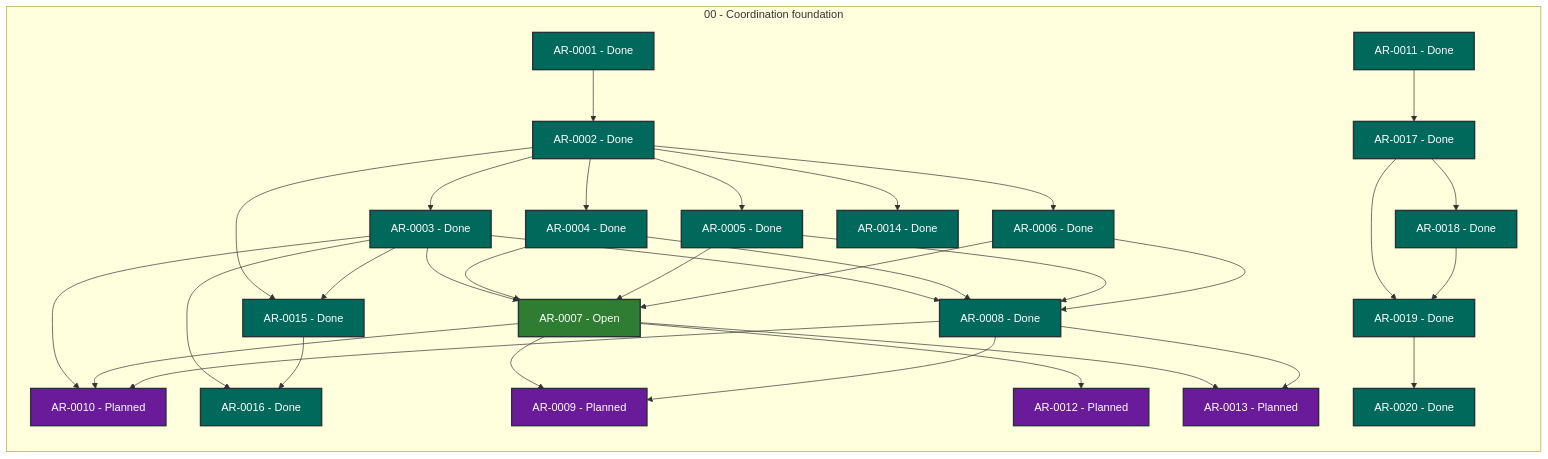
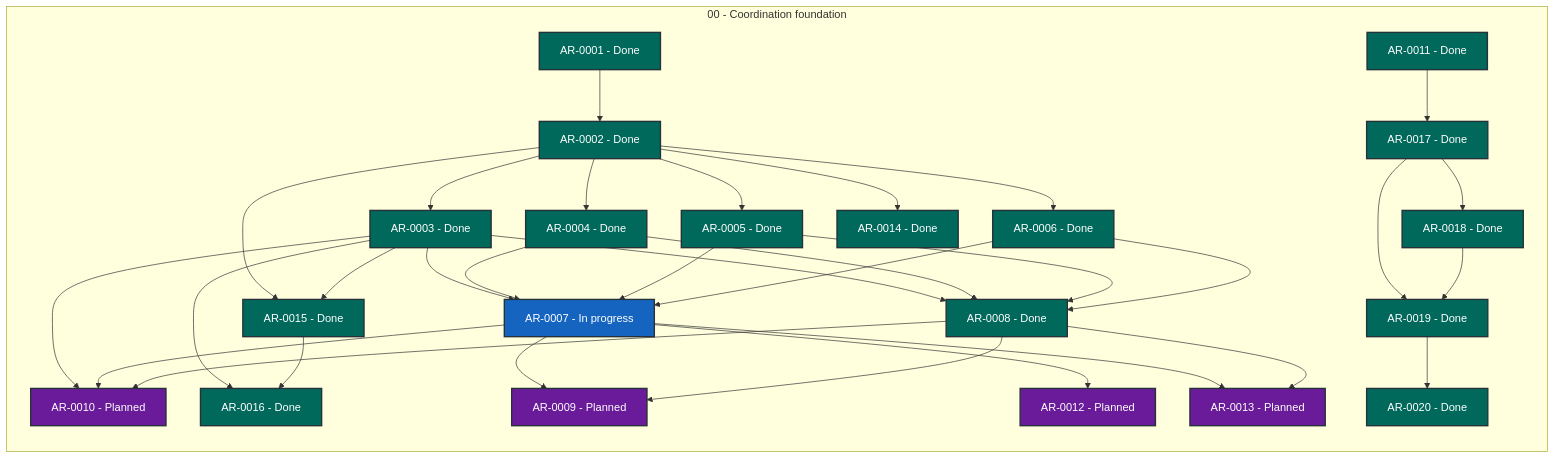
One commit to martin-beck/agent-workflow-coordinator-state changed the diagram in STATUS.md. Above: the diagram before and after it, drawn with Mermaid. The commit also changed other lines of this file and 2 other files, not shown here.

````diff
--- a/STATUS.md
+++ b/STATUS.md
@@ -27,65 +27,65 @@
 ```mermaid
 flowchart LR
     subgraph series_00["00 - Coordination foundation"]
         direction TB
         AR_0001["AR-0001 - Done"]:::status_done
         AR_0002["AR-0002 - Done"]:::status_done
         AR_0003["AR-0003 - Done"]:::status_done
         AR_0004["AR-0004 - Done"]:::status_done
         AR_0005["AR-0005 - Done"]:::status_done
         AR_0006["AR-0006 - Done"]:::status_done
-        AR_0007["AR-0007 - Open"]:::status_open
+        AR_0007["AR-0007 - In progress"]:::status_in_progress
         AR_0008["AR-0008 - Done"]:::status_done
         AR_0009["AR-0009 - Planned"]:::status_planned
         AR_0010["AR-0010 - Planned"]:::status_planned
         AR_0011["AR-0011 - Done"]:::status_done
         AR_0012["AR-0012 - Planned"]:::status_planned
         AR_0013["AR-0013 - Planned"]:::status_planned
         AR_0014["AR-0014 - Done"]:::status_done
         AR_0015["AR-0015 - Done"]:::status_done
         AR_0016["AR-0016 - Done"]:::status_done
         AR_0017["AR-0017 - Done"]:::status_done
         AR_0018["AR-0018 - Done"]:::status_done
         AR_0019["AR-0019 - Done"]:::status_done
         AR_0020["AR-0020 - Done"]:::status_done
     end
     AR_0001 --> AR_0002
     AR_0002 --> AR_0003
     AR_0002 --> AR_0004
     AR_0002 --> AR_0005
     AR_0002 --> AR_0006
     AR_0002 --> AR_0014
     AR_0002 --> AR_0015
     AR_0003 --> AR_0007
     AR_0003 --> AR_0008
     AR_0003 --> AR_0010
     AR_0003 --> AR_0015
     AR_0003 --> AR_0016
     AR_0004 --> AR_0007
     AR_0004 --> AR_0008
     AR_0005 --> AR_0007
     AR_0005 --> AR_0008
     AR_0006 --> AR_0007
     AR_0006 --> AR_0008
     AR_0007 --> AR_0009
     AR_0007 --> AR_0010
     AR_0007 --> AR_0012
     AR_0007 --> AR_0013
     AR_0008 --> AR_0009
     AR_0008 --> AR_0010
     AR_0008 --> AR_0013
     AR_0011 --> AR_0017
     AR_0015 --> AR_0016
     AR_0017 --> AR_0018
     AR_0017 --> AR_0019
     AR_0018 --> AR_0019
     AR_0019 --> AR_0020
     classDef status_in_progress fill:#1565c0,color:#ffffff,stroke:#263238,stroke-width:2px
     classDef status_open fill:#2e7d32,color:#ffffff,stroke:#263238,stroke-width:2px
     classDef status_blocked fill:#c62828,color:#ffffff,stroke:#263238,stroke-width:2px
     classDef status_planned fill:#6a1b9a,color:#ffffff,stroke:#263238,stroke-width:2px
     classDef status_future fill:#455a64,color:#ffffff,stroke:#263238,stroke-width:2px
     classDef status_done fill:#00695c,color:#ffffff,stroke:#263238,stroke-width:2px
     classDef status_cancelled fill:#616161,color:#ffffff,stroke:#263238,stroke-width:2px
     classDef status_superseded fill:#5d4037,color:#ffffff,stroke:#263238,stroke-width:2px
 ```
````
